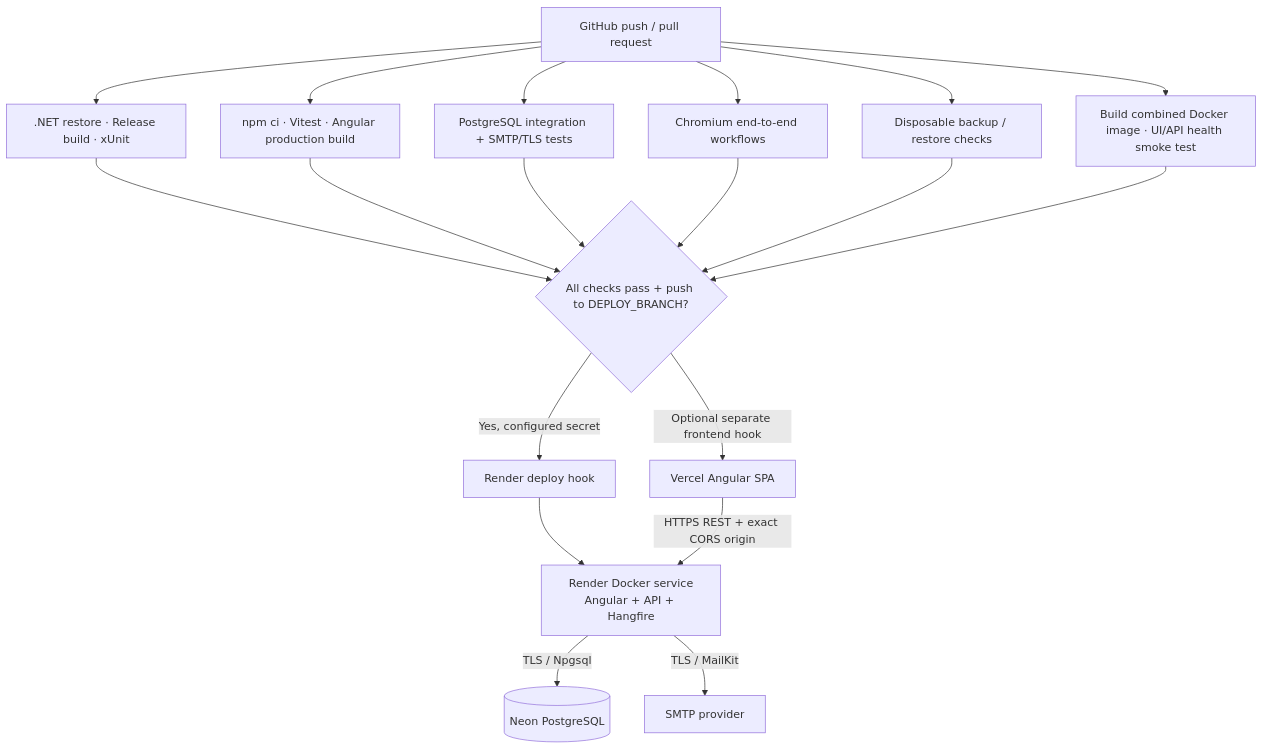
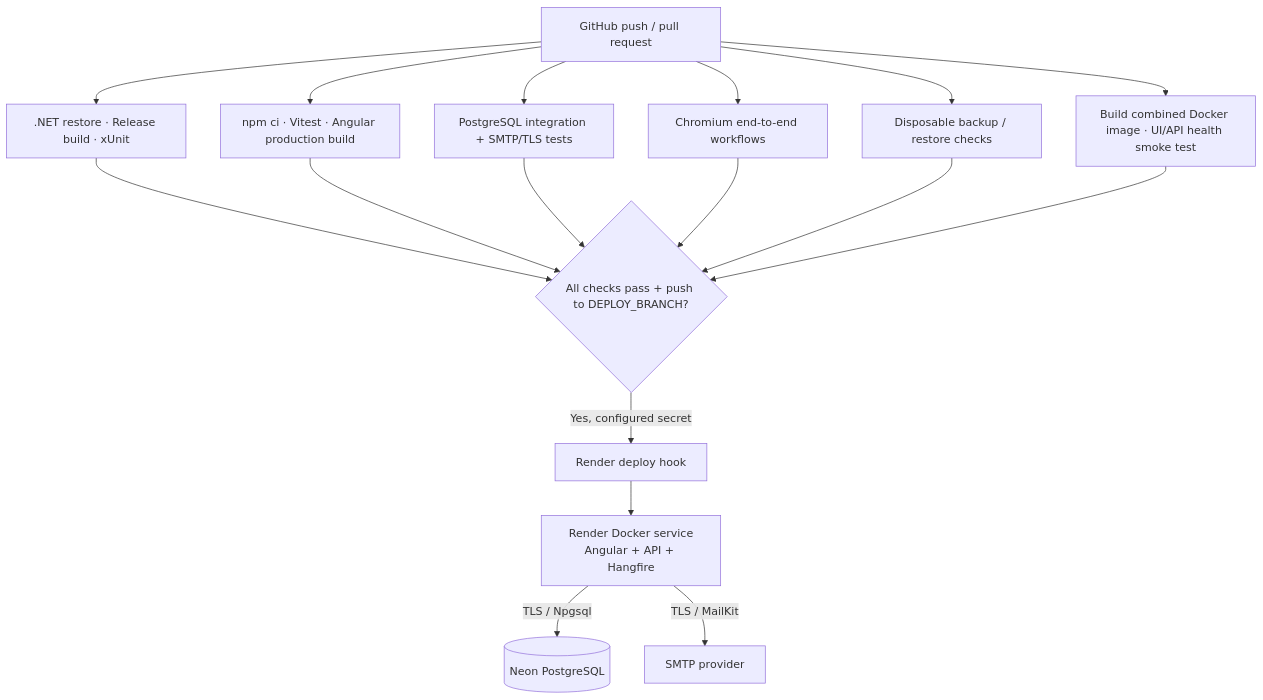
One commit to ahmadislam/CounterPOS changed the fifth of 5 diagrams in docs/architecture.md. Above: the diagram before and after it, drawn with Mermaid. The commit also changed other lines of this file and 9 other files, not shown here.

````diff
--- a/docs/architecture.md
+++ b/docs/architecture.md
@@ -357,16 +356,14 @@
 ```mermaid
 flowchart TB
   Push["GitHub push / pull request"] --> API[".NET restore · Release build · xUnit"]
   Push --> Web["npm ci · Vitest · Angular production build"]
   Push --> IT["PostgreSQL integration + SMTP/TLS tests"]
   Push --> Browser["Chromium end-to-end workflows"]
   Push --> Backup["Disposable backup / restore checks"]
   Push --> Image["Build combined Docker image · UI/API health smoke test"]
   API & Web & IT & Browser & Backup & Image --> Gate{"All checks pass + push to DEPLOY_BRANCH?"}
   Gate -->|Yes, configured secret| Hook["Render deploy hook"]
   Hook --> Render["Render Docker service\nAngular + API + Hangfire"]
   Render -->|"TLS / Npgsql"| Neon[("Neon PostgreSQL")]
   Render -->|"TLS / MailKit"| Brevo["SMTP provider"]
-  Gate -->|"Optional separate frontend hook"| Vercel["Vercel Angular SPA"]
-  Vercel -->|"HTTPS REST + exact CORS origin"| Render
 ```
````
